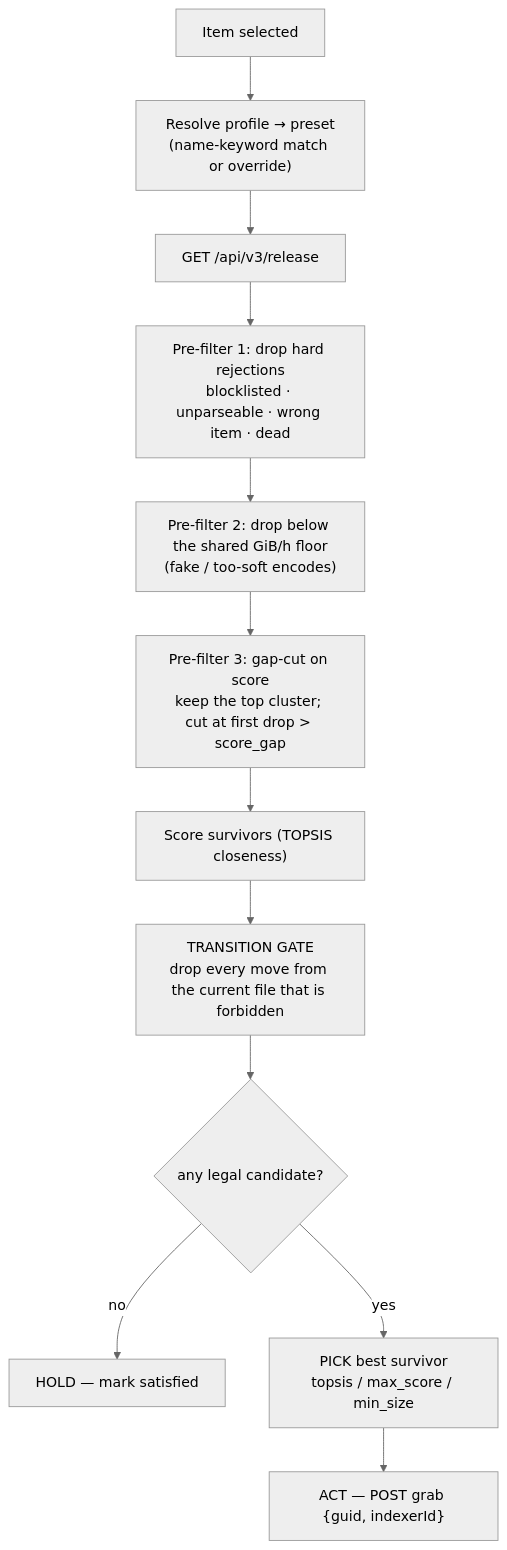
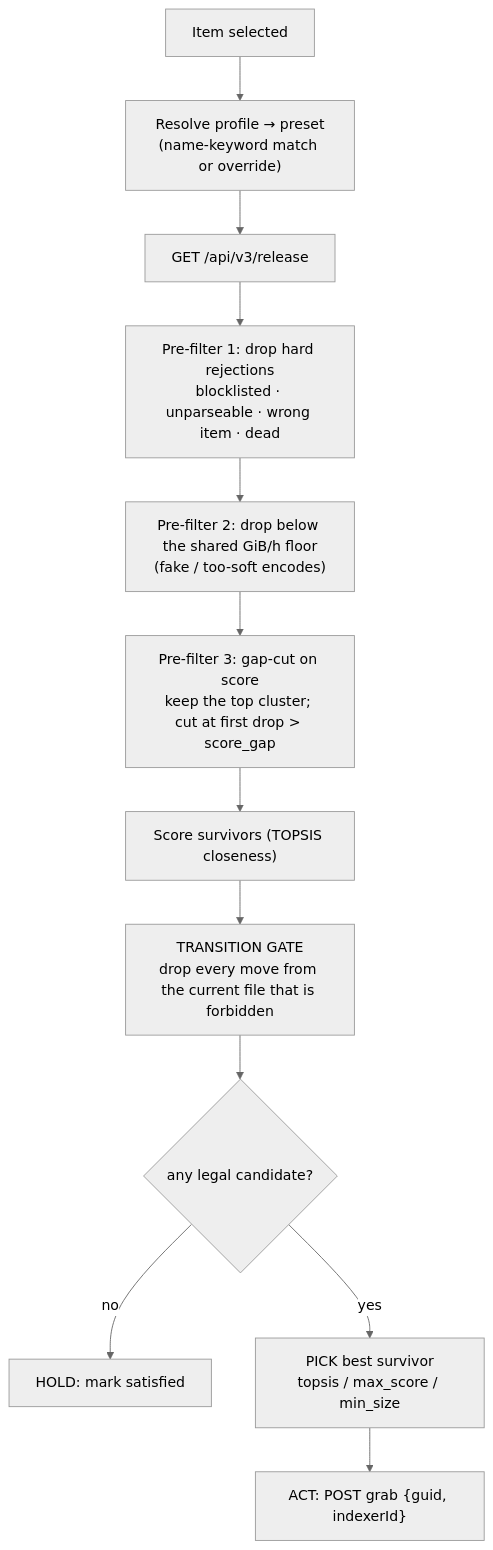
Before and after one commit to patrix87/stalearr: the first of 3 diagrams in ALGORITHM.md, drawn with Mermaid (neutral theme). The commit also changed other lines of this file and 3 other files, not shown here.

````diff
--- a/ALGORITHM.md
+++ b/ALGORITHM.md
@@ -113,14 +113,14 @@
 ```mermaid
 flowchart TD
     A["Item selected"] --> RP["Resolve profile → preset<br/>(name-keyword match or override)"]
     RP --> B["GET /api/v3/release"]
     B --> C["Pre-filter 1: drop hard rejections<br/>blocklisted · unparseable · wrong item · dead"]
     C --> D["Pre-filter 2: drop below the shared GiB/h floor<br/>(fake / too-soft encodes)"]
     D --> E["Pre-filter 3: gap-cut on score<br/>keep the top cluster; cut at first drop > score_gap"]
     E --> SC["Score survivors (TOPSIS closeness)"]
     SC --> GATE["TRANSITION GATE<br/>drop every move from the current file that is forbidden"]
     GATE --> LEFT{"any legal candidate?"}
-    LEFT -->|no| HOLD["HOLD — mark satisfied"]
+    LEFT -->|no| HOLD["HOLD: mark satisfied"]
     LEFT -->|yes| PICK["PICK best survivor<br/>topsis / max_score / min_size"]
-    PICK --> ACT["ACT — POST grab {guid, indexerId}"]
+    PICK --> ACT["ACT: POST grab {guid, indexerId}"]
 ```
````
